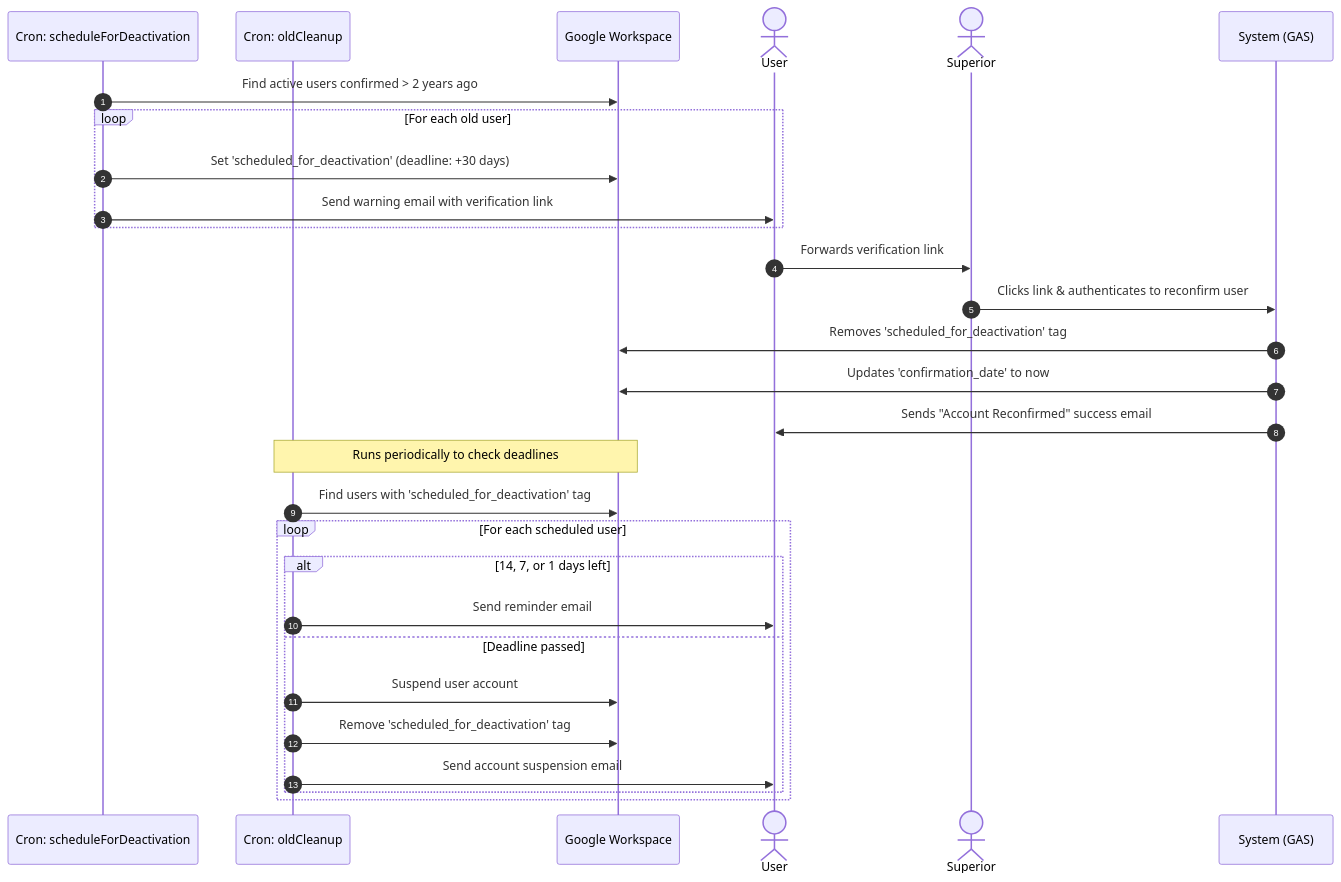
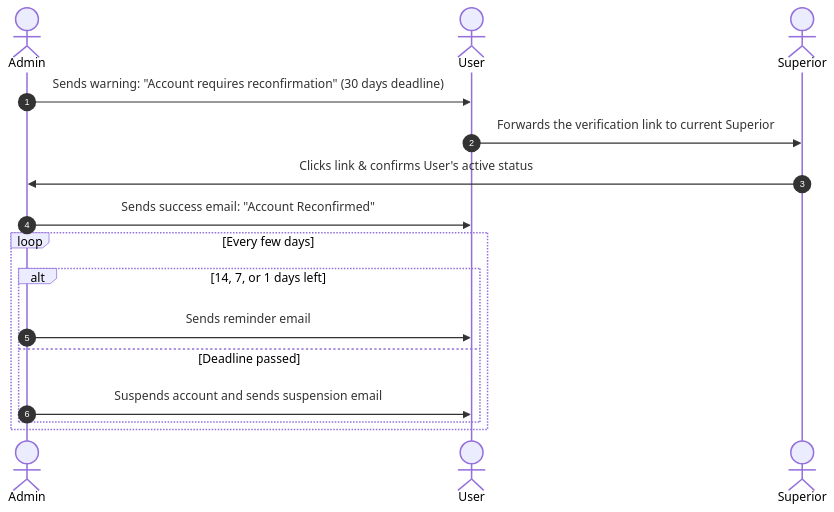
Before and after one commit to 19pdh/user-manager: the third of 3 diagrams in README.md, drawn with Mermaid. The commit also changed other lines of this file, not shown here.

First line of the commit message:
docs: Add simplified Mermaid process diagrams

````diff
--- a/README.md
+++ b/README.md
@@ -124,37 +101,24 @@
 ```mermaid
 sequenceDiagram
     autonumber
-    participant Cron1 as Cron: scheduleForDeactivation
-    participant Cron2 as Cron: oldCleanup
-    participant Workspace as Google Workspace
+    actor Admin
     actor User
     actor Superior
-    participant System as System (GAS)
 
     %% Scheduling Phase
-    Cron1->>Workspace: Find active users confirmed > 2 years ago
-    loop For each old user
-        Cron1->>Workspace: Set 'scheduled_for_deactivation' (deadline: +30 days)
-        Cron1->>User: Send warning email with verification link
-    end
+    Admin->>User: Sends warning: "Account requires reconfirmation" (30 days deadline)
 
     %% Reconfirmation Phase (User Action)
-    User->>Superior: Forwards verification link
-    Superior->>System: Clicks link & authenticates to reconfirm user
-    System->>Workspace: Removes 'scheduled_for_deactivation' tag
-    System->>Workspace: Updates 'confirmation_date' to now
-    System->>User: Sends "Account Reconfirmed" success email
+    User->>Superior: Forwards the verification link to current Superior
+    Superior->>Admin: Clicks link & confirms User's active status
+    Admin->>User: Sends success email: "Account Reconfirmed"
 
-    %% Periodic Cleanup Phase
-    note over Cron2, Workspace: Runs periodically to check deadlines
-    Cron2->>Workspace: Find users with 'scheduled_for_deactivation' tag
-    loop For each scheduled user
+    %% Periodic Cleanup Phase (If not reconfirmed)
+    loop Every few days
         alt 14, 7, or 1 days left
-            Cron2->>User: Send reminder email
+            Admin->>User: Sends reminder email
         else Deadline passed
-            Cron2->>Workspace: Suspend user account
-            Cron2->>Workspace: Remove 'scheduled_for_deactivation' tag
-            Cron2->>User: Send account suspension email
+            Admin->>User: Suspends account and sends suspension email
         end
     end
 ```
````
